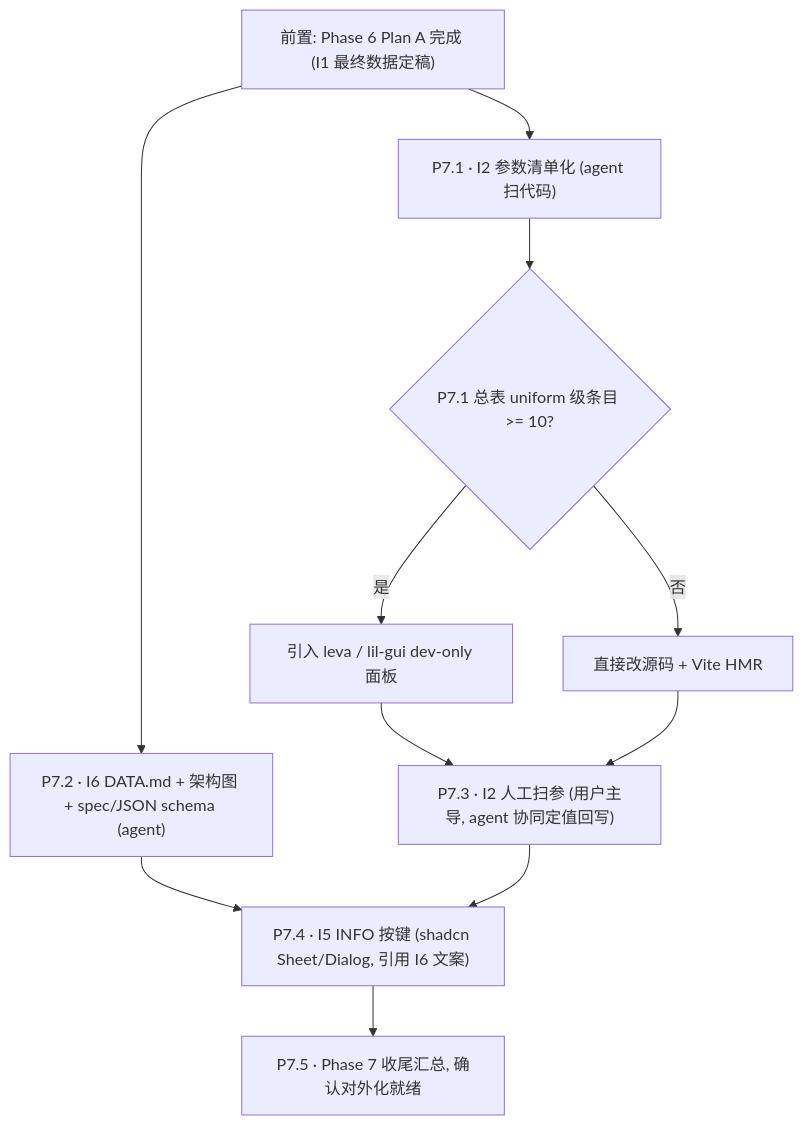
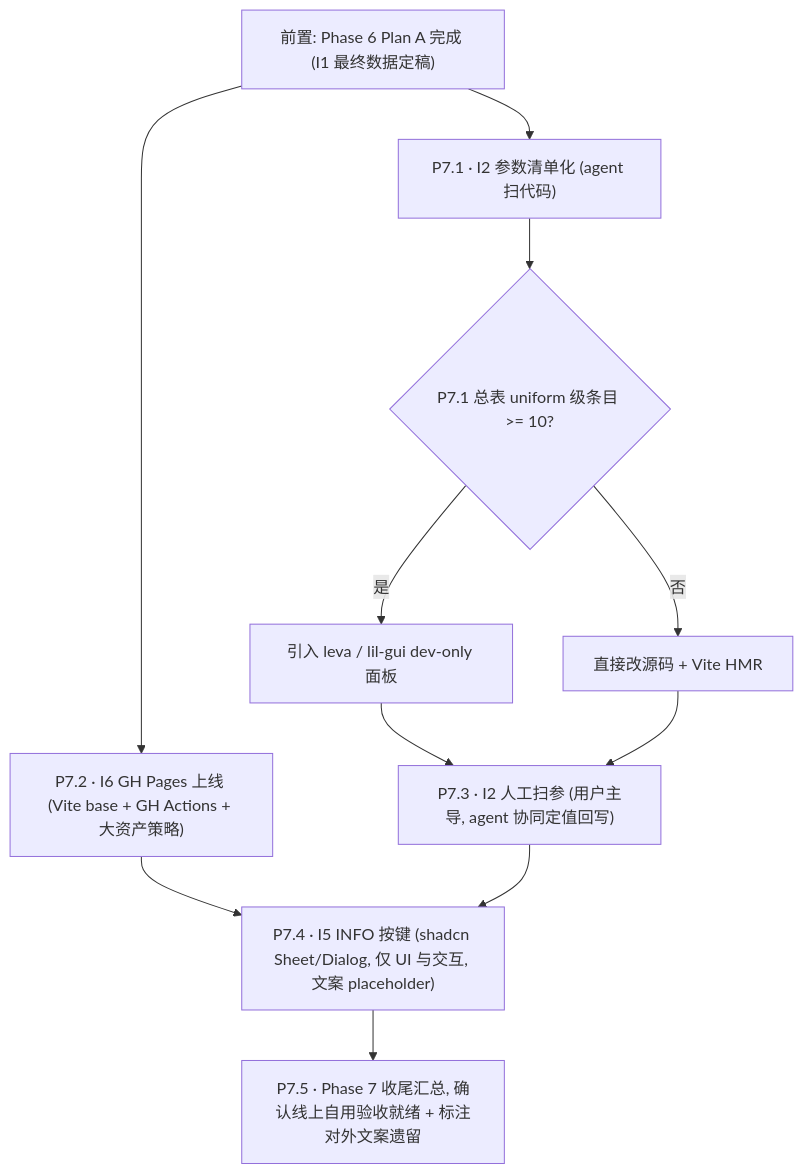
The diagram in .cursor/plans/phase_7_i2_i5_i6_05eeb9b1.plan.md (XYBuilds/chronicle_v3_3d_galaxy), drawn with Mermaid before and after one commit. The commit also changed other lines of this file, not shown here.

````diff
--- a/.cursor/plans/phase_7_i2_i5_i6_05eeb9b1.plan.md
+++ b/.cursor/plans/phase_7_i2_i5_i6_05eeb9b1.plan.md
@@ -37,16 +44,16 @@
 ```mermaid
 flowchart TD
     A["前置: Phase 6 Plan A 完成 (I1 最终数据定稿)"]
     A --> P71["P7.1 · I2 参数清单化 (agent 扫代码)"]
-    A --> P72["P7.2 · I6 DATA.md + 架构图 + spec/JSON schema (agent)"]
+    A --> P72["P7.2 · I6 GH Pages 上线 (Vite base + GH Actions + 大资产策略)"]
     P71 --> Decision{"P7.1 总表 uniform 级条目 >= 10?"}
     Decision -->|"是"| Gui["引入 leva / lil-gui dev-only 面板"]
     Decision -->|"否"| NoGui["直接改源码 + Vite HMR"]
     Gui --> P73
     NoGui --> P73
     P73["P7.3 · I2 人工扫参 (用户主导, agent 协同定值回写)"]
     P72 --> P74
     P73 --> P74
-    P74["P7.4 · I5 INFO 按键 (shadcn Sheet/Dialog, 引用 I6 文案)"]
-    P74 --> P75["P7.5 · Phase 7 收尾汇总, 确认对外化就绪"]
+    P74["P7.4 · I5 INFO 按键 (shadcn Sheet/Dialog, 仅 UI 与交互, 文案 placeholder)"]
+    P74 --> P75["P7.5 · Phase 7 收尾汇总, 确认线上自用验收就绪 + 标注对外文案遗留"]
 ```
````
